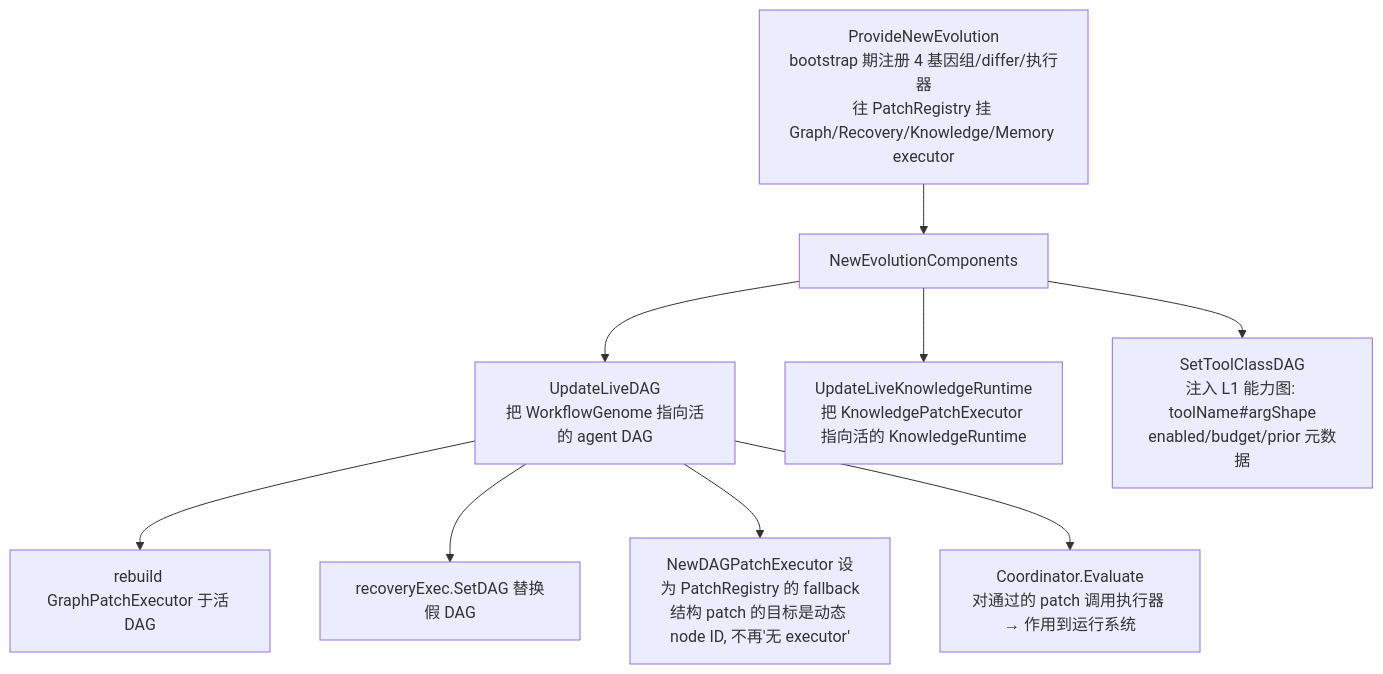
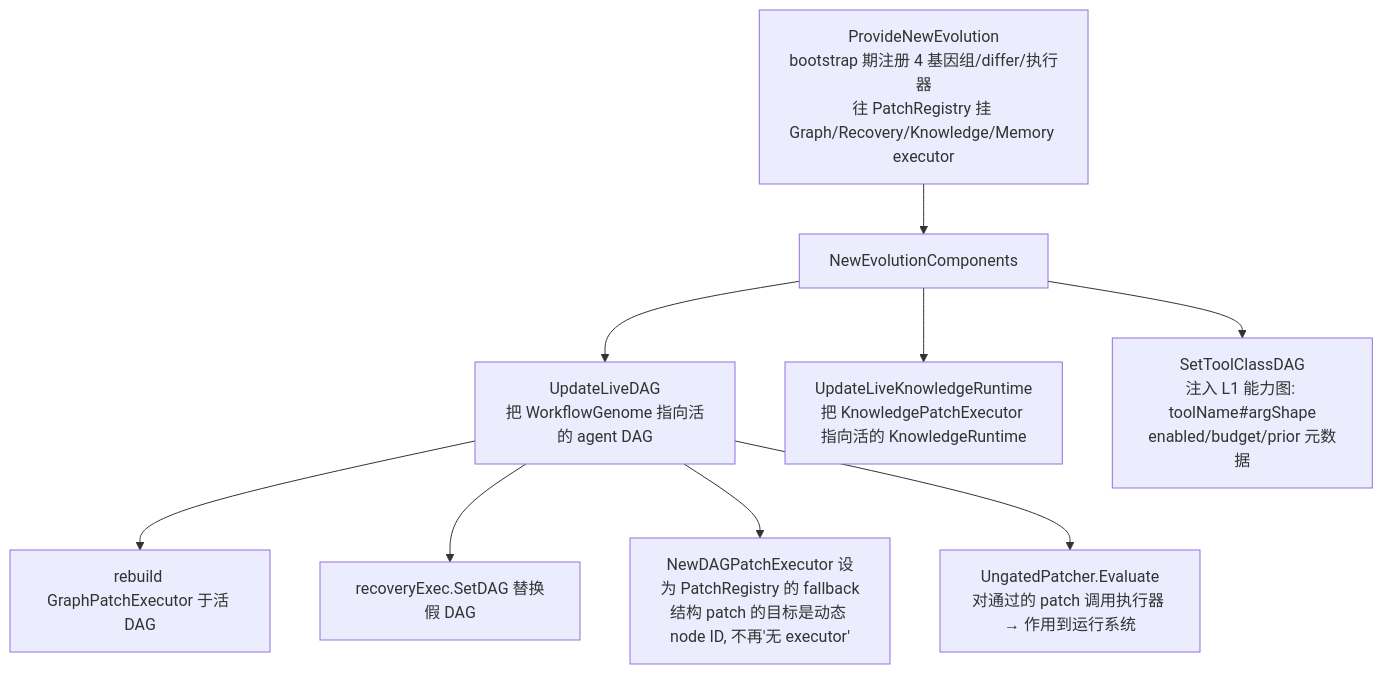
One commit to Timwood0x10/ARES changed the fourth of 4 diagrams in docs/articles/zh/11-autonomous-evolution-deep-dive.md. Above: the diagram before and after it, drawn with Mermaid. The commit also changed other lines of this file and 330 other files, not shown here.

````diff
--- a/docs/articles/zh/11-autonomous-evolution-deep-dive.md
+++ b/docs/articles/zh/11-autonomous-evolution-deep-dive.md
@@ -444,16 +444,16 @@
 ```mermaid
 graph TD
     A[ProvideNewEvolution<br/>bootstrap 期注册 4 基因组/differ/执行器<br/>往 PatchRegistry 挂 Graph/Recovery/Knowledge/Memory executor]
     A --> C[NewEvolutionComponents]
 
     C --> D1[UpdateLiveDAG<br/>把 WorkflowGenome 指向活的 agent DAG]
     D1 --> D2[rebuild GraphPatchExecutor 于活 DAG]
     D1 --> D3[recoveryExec.SetDAG 替换假 DAG]
     D1 --> D4[NewDAGPatchExecutor 设为 PatchRegistry 的 fallback<br/>结构 patch 的目标是动态 node ID, 不再'无 executor']
 
     C --> K[UpdateLiveKnowledgeRuntime<br/>把 KnowledgePatchExecutor 指向活的 KnowledgeRuntime]
 
     C --> T[SetToolClassDAG<br/>注入 L1 能力图: toolName#argShape<br/>enabled/budget/prior 元数据]
 
-    D1 --> E[Coordinator.Evaluate<br/>对通过的 patch 调用执行器 → 作用到运行系统]
+    D1 --> E[UngatedPatcher.Evaluate<br/>对通过的 patch 调用执行器 → 作用到运行系统]
 ```
````
